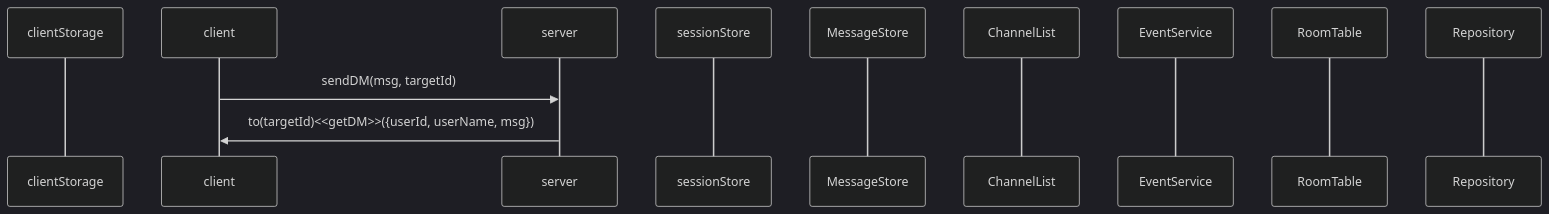
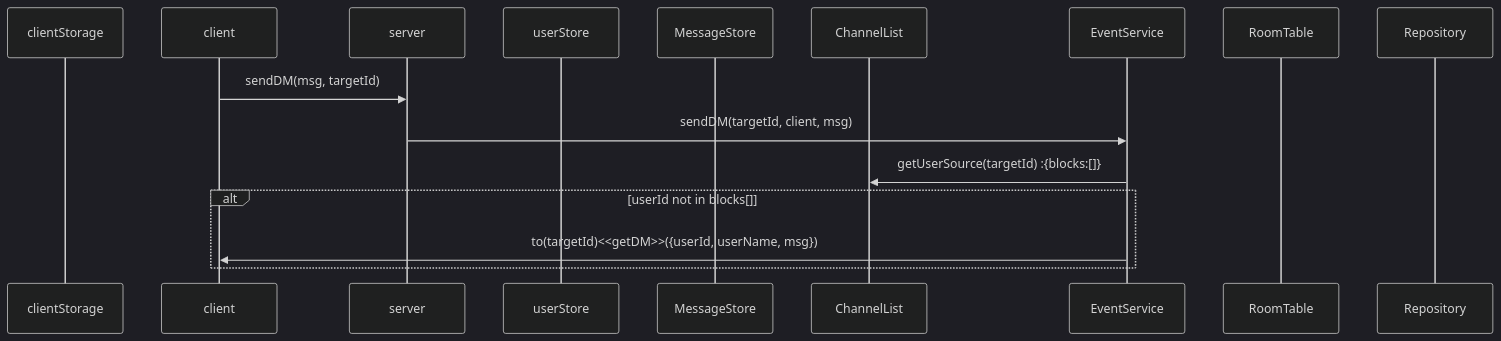
Before and after one commit to mtak0235/simmons_transcendence: the ninth of 19 diagrams in backend/node/app/event.md, drawn with Mermaid (dark theme). The commit also changed other lines of this file, not shown here.

````diff
--- a/backend/node/app/event.md
+++ b/backend/node/app/event.md
@@ -226,15 +236,19 @@
 ```mermaid
 sequenceDiagram
 participant cls as clientStorage
 participant c as client
 participant ga as server
-participant ss as sessionStore
+participant ss as userStore
 participant ms as MessageStore
 participant cns as ChannelList
 participant cs as EventService
 participant rt as RoomTable
 participant r as Repository
 
 c->>ga: sendDM(msg, targetId)
-ga->>c: to(targetId)<<getDM>>({userId, userName, msg})
+ga->>cs: sendDM(targetId, client, msg)
+cs->>cns: getUserSource(targetId) :{blocks:[]}
+alt userId not in blocks[]
+cs->>c: to(targetId)<<getDM>>({userId, userName, msg})
+end
 ```
````
